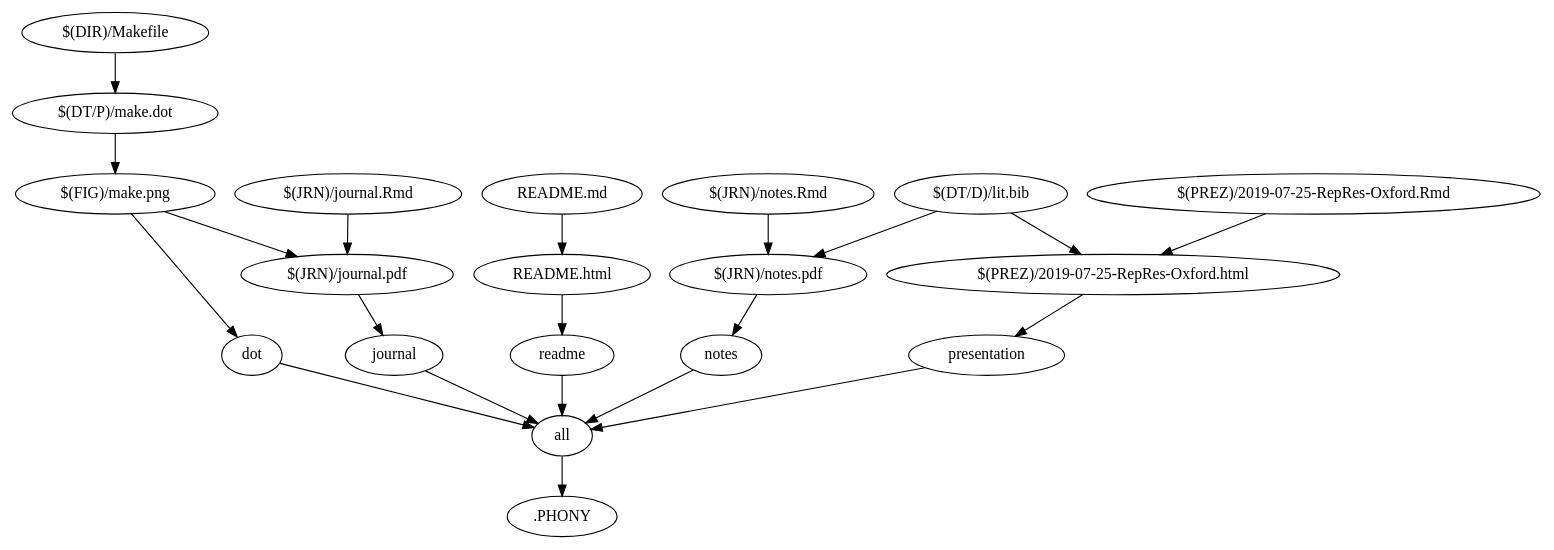
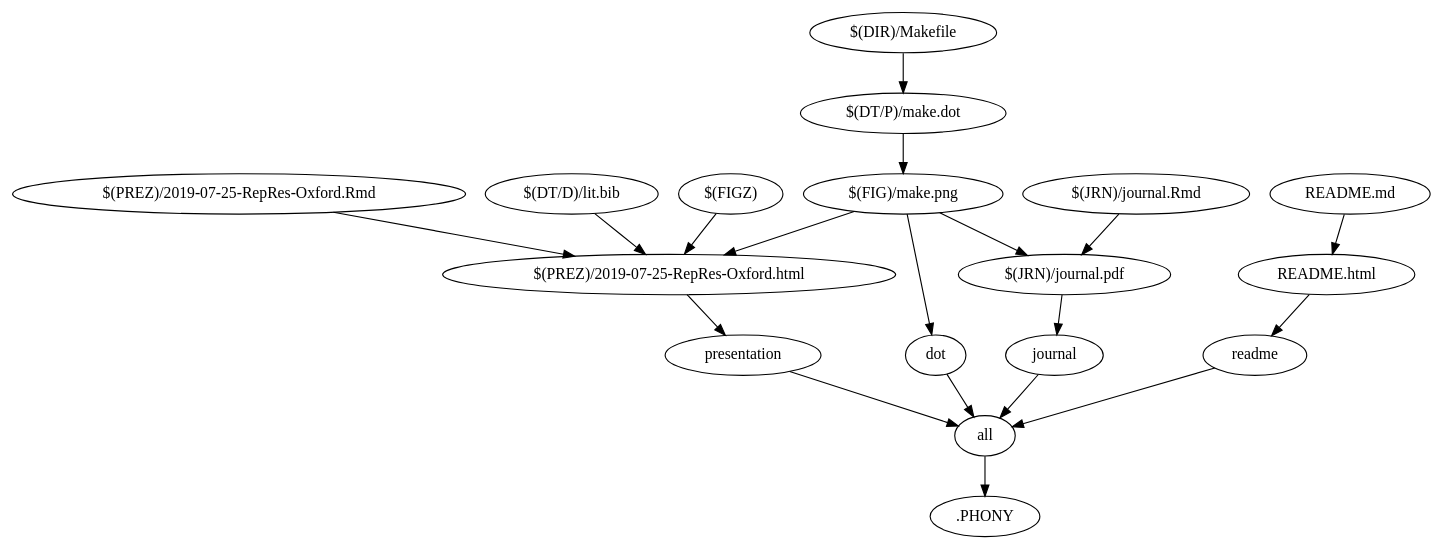
The diagram in data/processed/make.dot (majazaloznik/2019-07-rep-res-humanities-oxford), drawn with Graphviz before and after one commit. The commit also changed 11 other files, not shown here.

```diff
--- a/data/processed/make.dot
+++ b/data/processed/make.dot
@@ -1,36 +1,32 @@
 digraph G {
 	rankdir="TB"
 	"all"
 	"journal" -> "all"
 	"readme" -> "all"
 	"dot" -> "all"
-	"notes" -> "all"
 	"presentation" -> "all"
 	".PHONY"
 	"all" -> ".PHONY"
 	"dot"
 	"$(FIG)/make.png" -> "dot"
 	"$(FIG)/make.png"
 	"$(DT/P)/make.dot" -> "$(FIG)/make.png"
 	"$(DT/P)/make.dot"
 	"$(DIR)/Makefile" -> "$(DT/P)/make.dot"
 	"journal"
 	"$(JRN)/journal.pdf" -> "journal"
 	"$(JRN)/journal.pdf"
 	"$(JRN)/journal.Rmd" -> "$(JRN)/journal.pdf"
 	"$(FIG)/make.png" -> "$(JRN)/journal.pdf"
-	"notes"
-	"$(JRN)/notes.pdf" -> "notes"
-	"$(JRN)/notes.pdf"
-	"$(JRN)/notes.Rmd" -> "$(JRN)/notes.pdf"
-	"$(DT/D)/lit.bib" -> "$(JRN)/notes.pdf"
 	"presentation"
 	"$(PREZ)/2019-07-25-RepRes-Oxford.html" -> "presentation"
 	"$(PREZ)/2019-07-25-RepRes-Oxford.html"
 	"$(PREZ)/2019-07-25-RepRes-Oxford.Rmd" -> "$(PREZ)/2019-07-25-RepRes-Oxford.html"
 	"$(DT/D)/lit.bib" -> "$(PREZ)/2019-07-25-RepRes-Oxford.html"
+	"$(FIGZ)" -> "$(PREZ)/2019-07-25-RepRes-Oxford.html"
+	"$(FIG)/make.png" -> "$(PREZ)/2019-07-25-RepRes-Oxford.html"
 	"readme"
 	"README.html" -> "readme"
 	"README.html"
 	"README.md" -> "README.html"
 }
```
